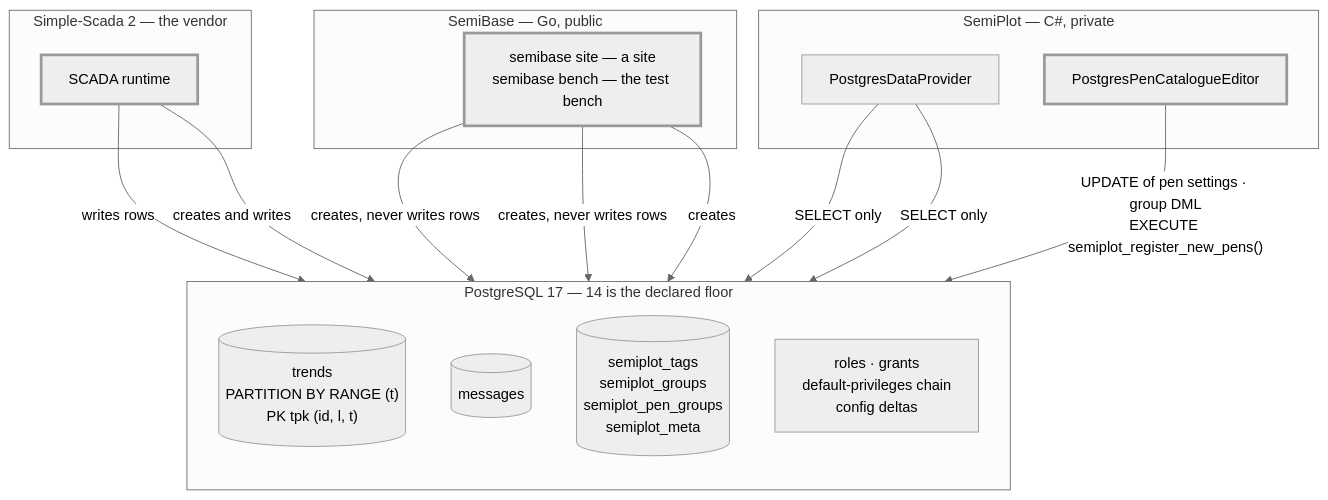
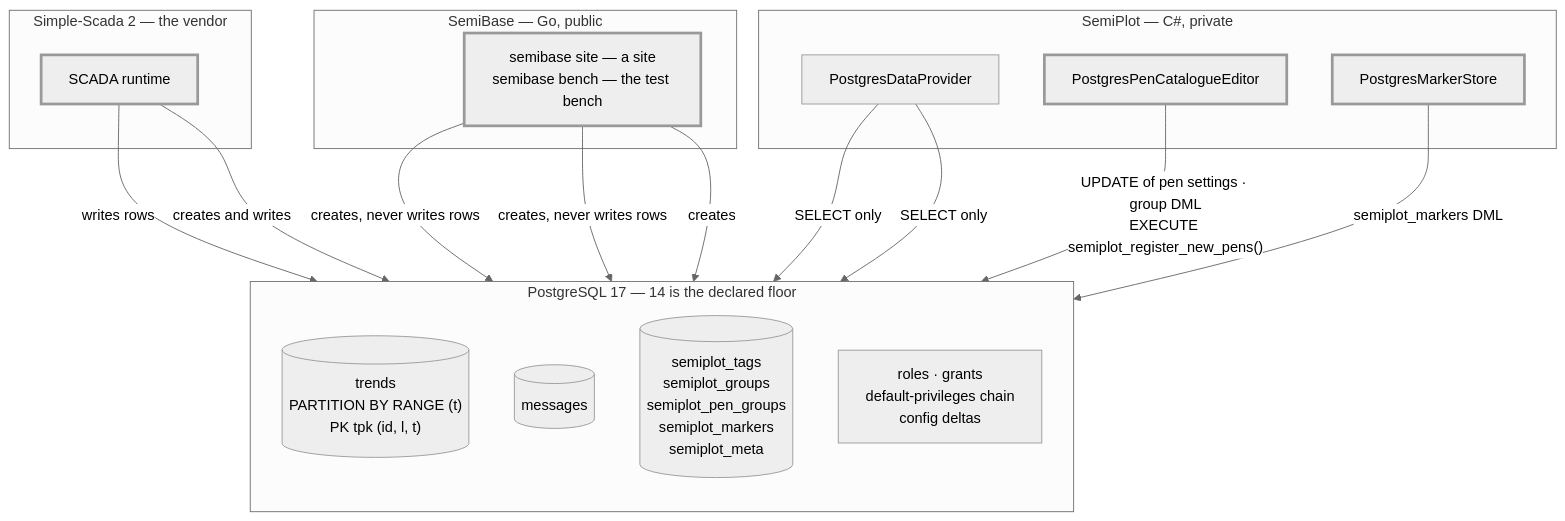
One commit to Semiteq/SemiPlot changed the first of 5 diagrams in docs/architecture/postgres-topology.md. Above: the diagram before and after it, drawn with Mermaid (neutral theme). The commit also changed other lines of this file and 86 other files, not shown here.

First line of the commit message:
feat(chart): add time markers stored in the archive (#77) (#130)

````diff
--- a/docs/architecture/postgres-topology.md
+++ b/docs/architecture/postgres-topology.md
@@ -11,35 +11,37 @@
 ```mermaid
 flowchart TB
     subgraph vendor["Simple-Scada 2 — the vendor"]
         scada["SCADA runtime"]
     end
 
     subgraph semibase["SemiBase — Go, public"]
         prov["semibase site — a site<br/>semibase bench — the test bench"]
     end
 
     subgraph db["PostgreSQL 17 — 14 is the declared floor"]
         direction TB
         trends[("trends<br/>PARTITION BY RANGE (t)<br/>PK tpk (id, l, t)")]
         msgs[("messages")]
-        config[("semiplot_tags<br/>semiplot_groups<br/>semiplot_pen_groups<br/>semiplot_meta")]
+        config[("semiplot_tags<br/>semiplot_groups<br/>semiplot_pen_groups<br/>semiplot_markers<br/>semiplot_meta")]
         roles["roles · grants<br/>default-privileges chain<br/>config deltas"]
     end
 
     subgraph semiplot["SemiPlot — C#, private"]
         prov2["PostgresDataProvider"]
         editor["PostgresPenCatalogueEditor"]
+        markers["PostgresMarkerStore"]
     end
 
     scada -- "writes rows" --> trends
     scada -- "creates and writes" --> msgs
     prov -- "creates, never writes rows" --> trends
     prov -- "creates, never writes rows" --> config
     prov -- "creates" --> roles
     prov2 -- "SELECT only" --> trends
     prov2 -- "SELECT only" --> config
     editor -- "UPDATE of pen settings · group DML<br/>EXECUTE semiplot_register_new_pens()" --> config
+    markers -- "semiplot_markers DML" --> config
 
     classDef write stroke-width:3px
-    class scada,prov,editor write
+    class scada,prov,editor,markers write
 ```
````
